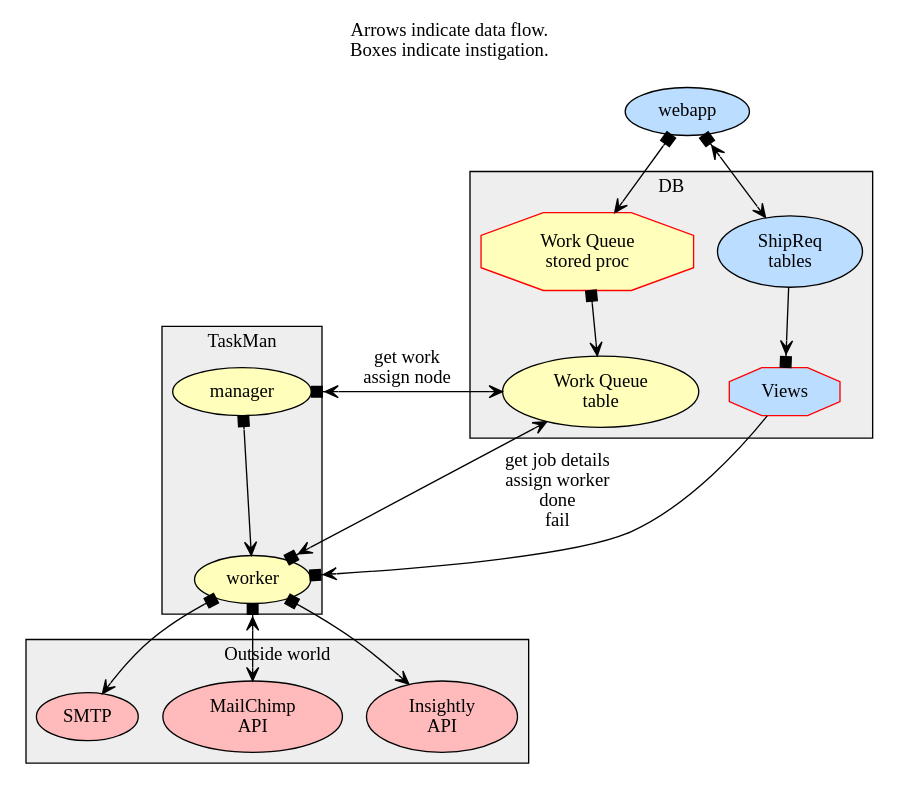
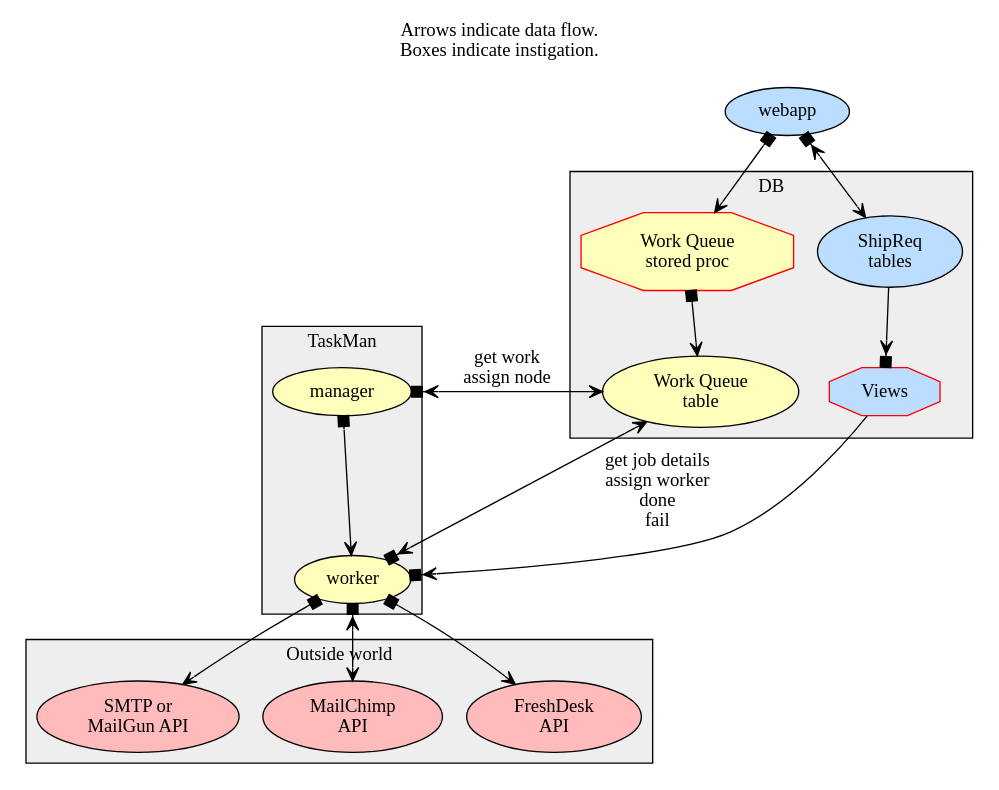
Before and after one commit to shipreq/shipreq: the diagram in Design/taskman-highlevel.gv, drawn with Graphviz. The commit also changed 10 other files, not shown here.

Commit message:
Update doc & diagrams

```diff
--- a/Design/taskman-highlevel.gv
+++ b/Design/taskman-highlevel.gv
@@ -1,67 +1,67 @@
 digraph G {
 compound=true
 labelloc=t
 label="Arrows indicate data flow.\nBoxes indicate instigation.\n\n"
 node [style=filled]
 
 // -----------------------------------------------------------------------------------------------
 subgraph cluster_db {
 label="DB" style=filled fillcolor="#eeeeee"
 workq_sp [label="Work Queue\nstored proc" fillcolor="#ffffbb" shape=octagon color=red]
 dbv      [label="Views"                   fillcolor="#bbddff" shape=octagon color=red]
 workq    [label="Work Queue\ntable"       fillcolor="#ffffbb"]
 db       [label="ShipReq\ntables"         fillcolor="#bbddff"]
 }
 
 subgraph cluster_taskman {
 label="TaskMan" style=filled fillcolor="#eeeeee"
 node[fillcolor="#ffffbb"]
 manager
 worker
 }
 
 subgraph cluster_world {
 label="Outside world" style=filled fillcolor="#eeeeee"
 node[fillcolor="#ffbbbb"]
-smtp [label="SMTP"]
+mail [label="SMTP or\nMailGun API"]
 mc [label="MailChimp\nAPI"]
-crm [label="Insightly\nAPI"]
+fd [label="FreshDesk\nAPI"]
 }
 
 webapp [fillcolor="#bbddff"]
 
 // -----------------------------------------------------------------------------------------------
 
 // A pushes
 { edge [dir=both arrowhead=vee arrowtail=box]
 webapp -> workq_sp -> workq
 manager -> worker
-worker -> smtp,crm
+worker -> mail,fd
 }
 
 // B pulls
 { edge [arrowhead=boxvee]
 db -> dbv -> worker
 }
 
 // A pulls
 { edge [dir=back arrowtail=boxvee]
 }
 
 // B pushes
 { edge [dir=both arrowhead=box arrowtail=vee]
 }
 
 // A pushes and pulls
 { edge [dir=both arrowhead=vee arrowtail=boxvee]
 webapp -> db
 worker -> workq [label="get job details\nassign worker\ndone\nfail"]
 worker -> mc
 }
 
 // B pushes and pulls
 { edge [dir=both arrowhead=boxvee arrowtail=vee]
 workq -> manager [label="get work\nassign node" minlen=4]
 }
 
 }
```
